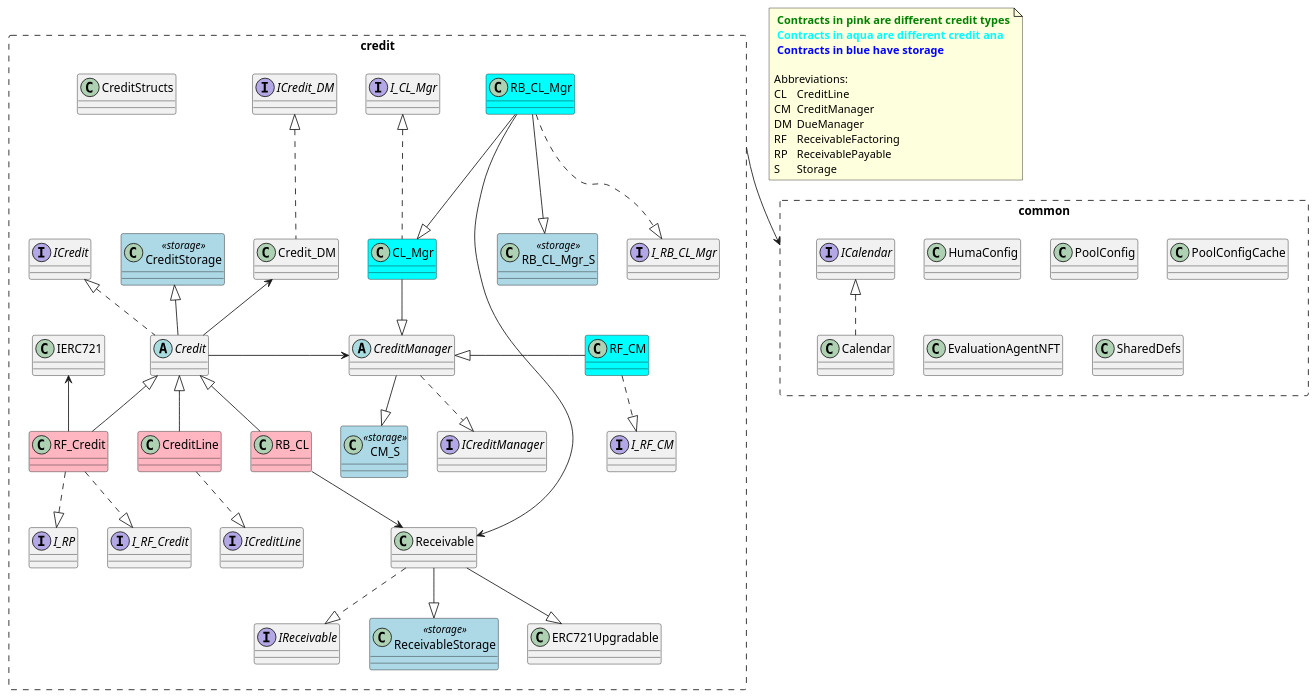
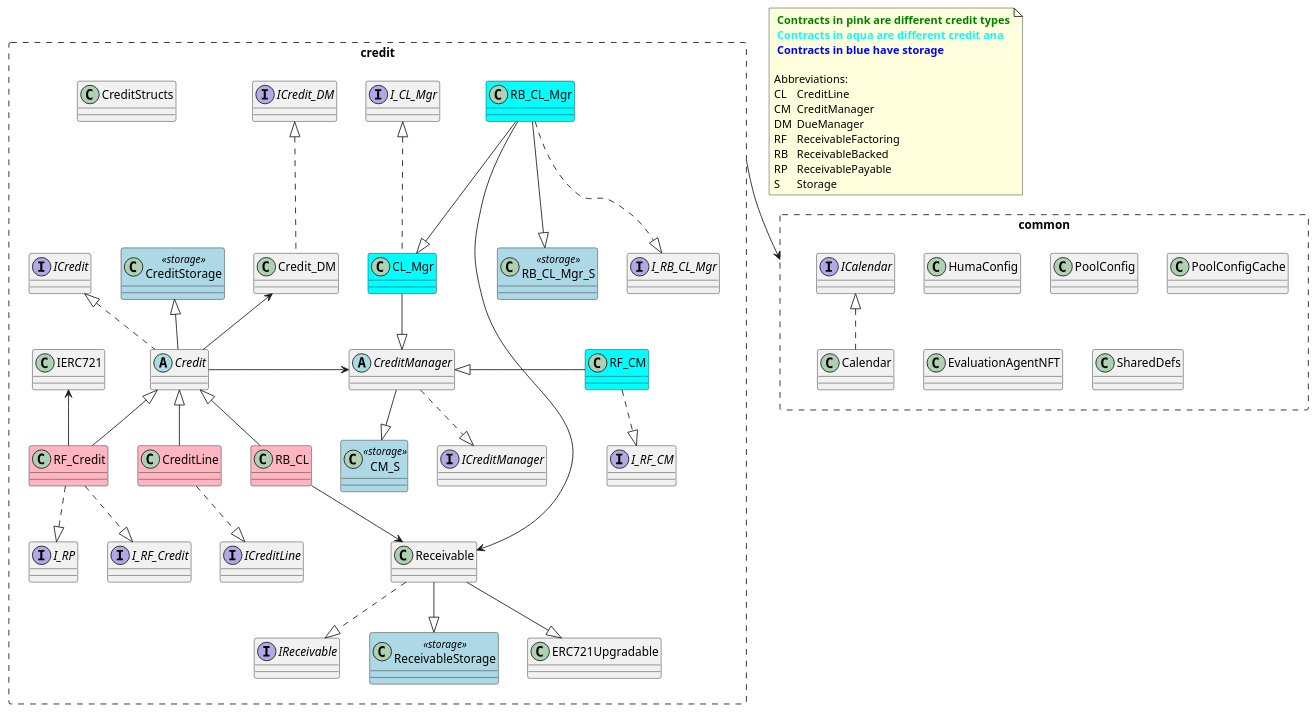
Before and after one commit to 00labs/huma-contracts-v2: the diagram in docs/umls/creditClassDiagram.puml, drawn with PlantUML.

Commit message:
add RB to the notes

```diff
--- a/docs/umls/creditClassDiagram.puml
+++ b/docs/umls/creditClassDiagram.puml
@@ -1,104 +1,105 @@
 @startuml
 allowmixing
 
 rectangle "common" #line.dashed {
   interface ICalendar
   class Calendar
   class HumaConfig
   class PoolConfig
   class PoolConfigCache
   class EvaluationAgentNFT
   class SharedDefs
   ICalendar <|.. Calendar
 }
 
 
 package credit <<Rectangle>> #line.dashed {
   interface I_CL_Mgr
   interface ICredit
   interface ICredit_DM
   interface ICreditLine
   interface ICreditManager
   interface IReceivable
   interface I_RB_CL_Mgr
   interface I_RF_Credit
   interface I_RP
   interface I_RF_CM
 
   class CL_Mgr #back:aqua
   abstract class Credit
   class Credit_DM
   class CreditLine #back:lightpink
   abstract class CreditManager
   class CM_S <<storage>> #back:lightblue
   class CreditStorage <<storage>> #back:lightblue
   class CreditStructs
   class Receivable
   class RB_CL #back:lightpink
   class RB_CL_Mgr #back:aqua
   class RB_CL_Mgr_S <<storage>> #back:lightblue
   class RF_Credit #back:lightpink
   class RF_CM #back:aqua
   class ReceivableStorage <<storage>> #back:lightblue
 
 
 CL_Mgr .up.|> I_CL_Mgr
 CL_Mgr --|> CreditManager
 
 Credit .up.|> ICredit
 Credit -up-|> CreditStorage
 
 Credit_DM .up.|> ICredit_DM
 
 CreditLine ..|> ICreditLine
 CreditLine -up-|> Credit
 
 CreditManager ..|> ICreditManager 
 CreditManager --|> CM_S
 
 
 Receivable ..|> IReceivable
 Receivable --|> ReceivableStorage
 Receivable --|> ERC721Upgradable
   
 RB_CL -up-|> Credit
 
 RB_CL_Mgr ..|> I_RB_CL_Mgr
 RB_CL_Mgr --|> CL_Mgr
 RB_CL_Mgr --|> RB_CL_Mgr_S
 
 RF_Credit ..|> I_RF_Credit
 RF_Credit ..|> I_RP
 RF_Credit -up-|> Credit
 RF_Credit -up-> IERC721
 
 RF_CM -right-|> CreditManager
 
 RF_CM ..|>I_RF_CM
 
 Receivable <-up- RB_CL
 Receivable <-up- RB_CL_Mgr
 
 Credit -right-> CreditManager
 Credit -up-> Credit_DM
 
 }
 
 
 
 note as NoteCredit
   <b><font color="green"> Contracts in pink are different credit types</b>
   <b><font color="aqua"> Contracts in aqua are different credit ana</b>
   <b><font color="blue"> Contracts in blue have storage</b>
 
   Abbreviations:
   CL\tCreditLine
   CM\tCreditManager 
   DM\tDueManager
   RF\tReceivableFactoring
+  RB\tReceivableBacked
   RP\tReceivablePayable
   S\tStorage
 end note
 
 credit --> common
 @enduml
```
